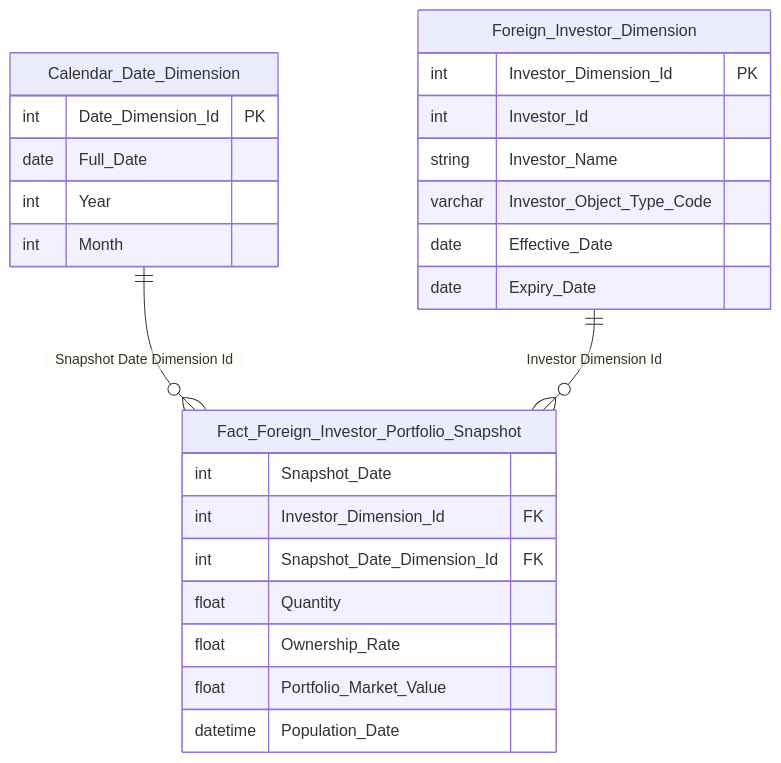
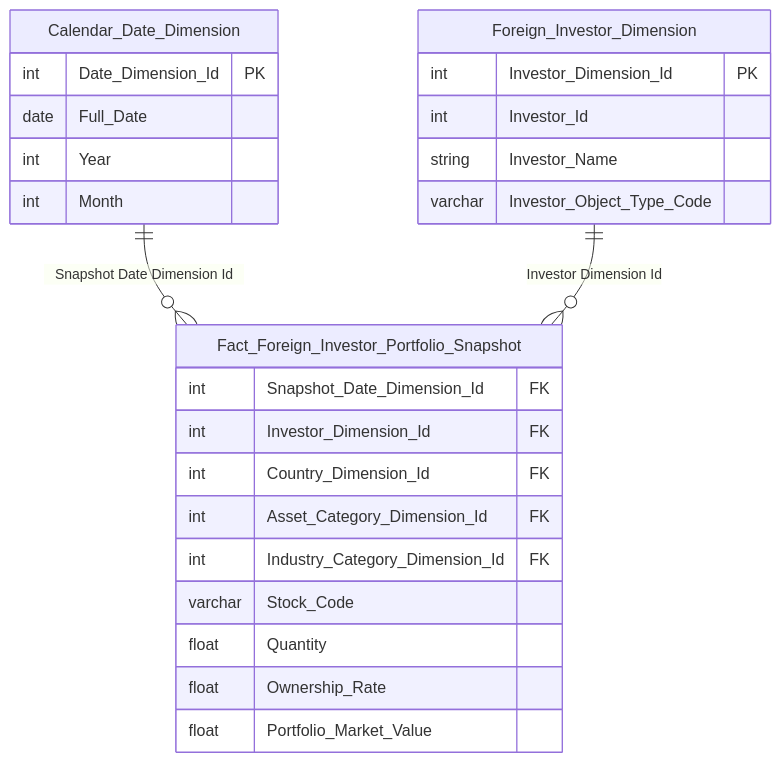
Before and after one commit to linhlvit/ubck_atomic_design: diagram 26 of 34 in Datamart/hld/DTM_NDTNN_HLD.md, drawn with Mermaid. The commit also changed other lines of this file and 10 other files, not shown here.

````diff
--- a/Datamart/hld/DTM_NDTNN_HLD.md
+++ b/Datamart/hld/DTM_NDTNN_HLD.md
@@ -1174,29 +1144,29 @@
 ```mermaid
 erDiagram
     Calendar_Date_Dimension {
         int Date_Dimension_Id PK
         date Full_Date
         int Year
         int Month
     }
     Foreign_Investor_Dimension {
         int Investor_Dimension_Id PK
         int Investor_Id
         string Investor_Name
         varchar Investor_Object_Type_Code
-        date Effective_Date
-        date Expiry_Date
     }
     Fact_Foreign_Investor_Portfolio_Snapshot {
-        int Snapshot_Date
+        int Snapshot_Date_Dimension_Id FK
         int Investor_Dimension_Id FK
-        int Snapshot_Date_Dimension_Id FK
+        int Country_Dimension_Id FK
+        int Asset_Category_Dimension_Id FK
+        int Industry_Category_Dimension_Id FK
+        varchar Stock_Code
         float Quantity
         float Ownership_Rate
         float Portfolio_Market_Value
-        datetime Population_Date
     }
 
     Calendar_Date_Dimension ||--o{ Fact_Foreign_Investor_Portfolio_Snapshot : "Snapshot Date Dimension Id"
     Foreign_Investor_Dimension ||--o{ Fact_Foreign_Investor_Portfolio_Snapshot : "Investor Dimension Id"
 ```
````
